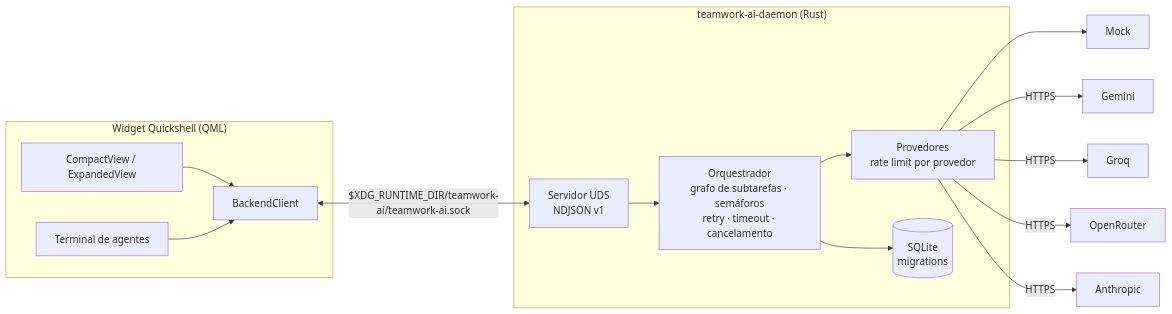
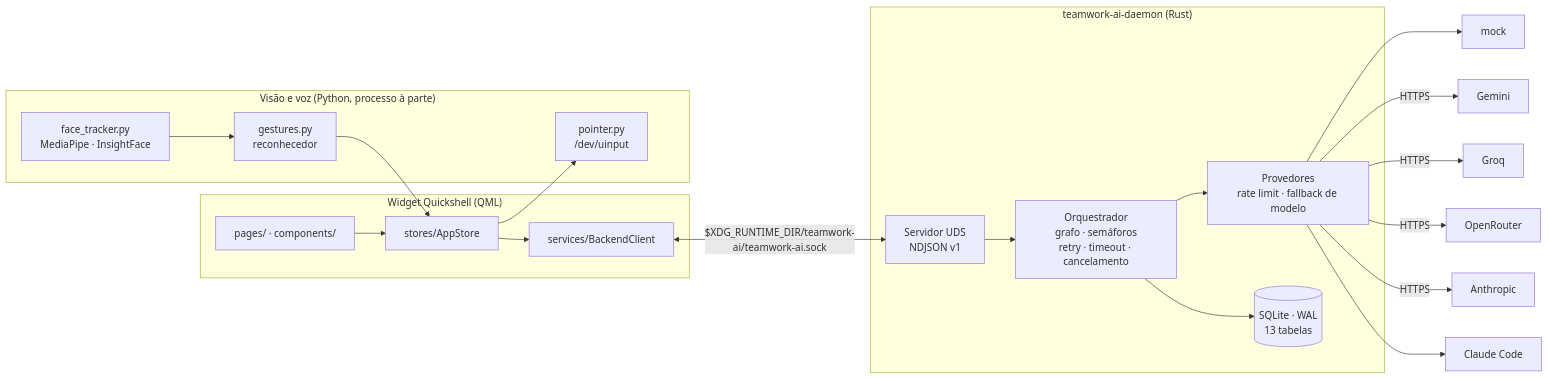
One commit to JhonathanCosta-Dev/TeamWork.ai changed the diagram in README.md. Above: the diagram before and after it, drawn with Mermaid. The commit also changed other lines of this file and 2 other files, not shown here.

````diff
--- a/README.md
+++ b/README.md
@@ -24,31 +37,40 @@
 ```mermaid
 flowchart LR
     subgraph Widget["Widget Quickshell (QML)"]
-        UI[CompactView / ExpandedView]
-        Term[Terminal de agentes]
-        BC[BackendClient]
+        UI[pages/ · components/]
+        ST[stores/AppStore]
+        BC[services/BackendClient]
+    end
+    subgraph Visao["Visão e voz (Python, processo à parte)"]
+        FT[face_tracker.py<br/>MediaPipe · InsightFace]
+        GS[gestures.py<br/>reconhecedor]
+        PT[pointer.py<br/>/dev/uinput]
     end
     subgraph Daemon["teamwork-ai-daemon (Rust)"]
         SRV[Servidor UDS<br/>NDJSON v1]
-        ORCH[Orquestrador<br/>grafo de subtarefas · semáforos<br/>retry · timeout · cancelamento]
-        PROV[Provedores<br/>rate limit por provedor]
-        DB[(SQLite<br/>migrations)]
+        ORCH[Orquestrador<br/>grafo · semáforos<br/>retry · timeout · cancelamento]
+        PROV[Provedores<br/>rate limit · fallback de modelo]
+        DB[(SQLite · WAL<br/>13 tabelas)]
     end
-    MOCK[Mock]
+    MOCK[mock]
     GEM[Gemini]
     GROQ[Groq]
     OR[OpenRouter]
     ANTH[Anthropic]
+    CC[Claude Code]
 
-    UI --> BC
-    Term --> BC
+    UI --> ST
+    ST --> BC
+    FT --> GS --> ST
+    ST --> PT
     BC <-->|"$XDG_RUNTIME_DIR/teamwork-ai/teamwork-ai.sock"| SRV
     SRV --> ORCH
     ORCH --> PROV
     ORCH --> DB
     PROV --> MOCK
     PROV -->|HTTPS| GEM
     PROV -->|HTTPS| GROQ
     PROV -->|HTTPS| OR
     PROV -->|HTTPS| ANTH
+    PROV --> CC
 ```
````
